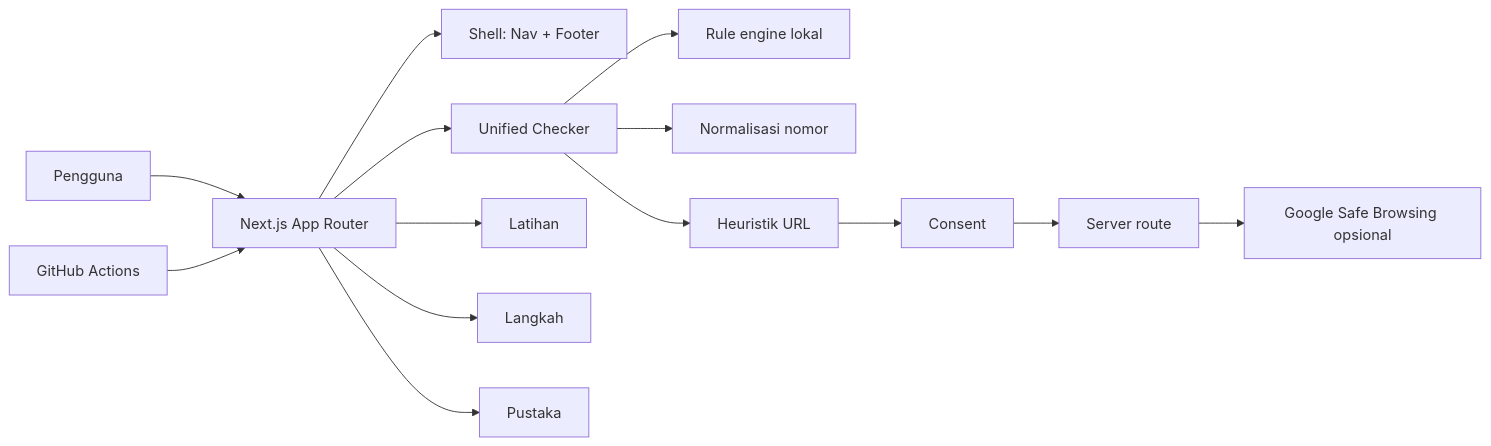
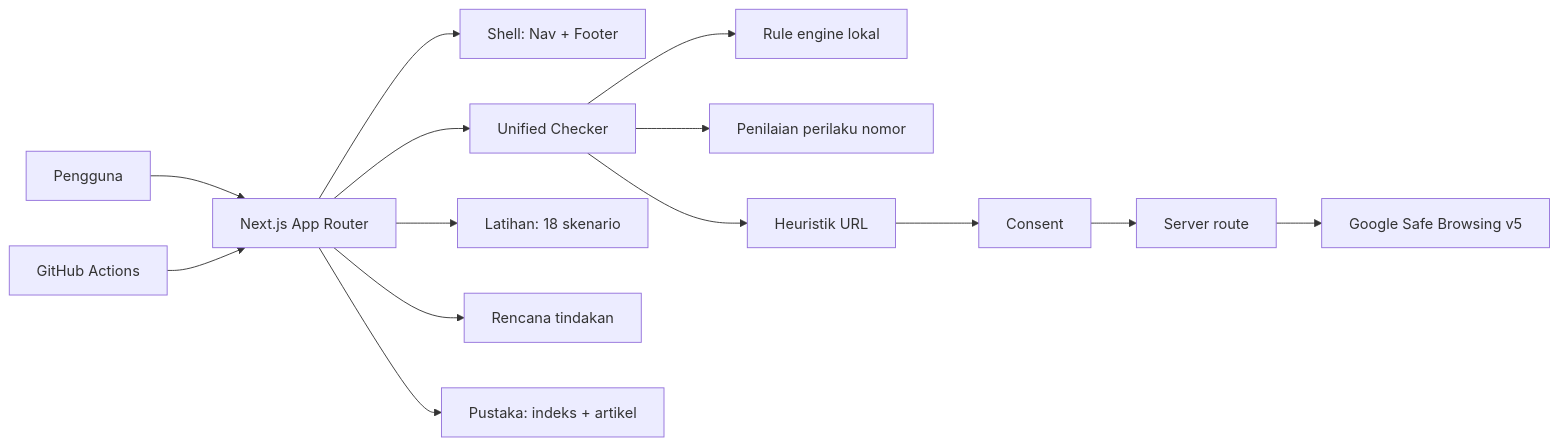
Before and after one commit to hissyam90/saring-app: the diagram in README.md, drawn with Mermaid. The commit also changed other lines of this file and 41 other files, not shown here.

````diff
--- a/README.md
+++ b/README.md
@@ -103,16 +129,16 @@
 ```mermaid
 flowchart LR
   User[Pengguna] --> App[Next.js App Router]
   App --> Shell[Shell: Nav + Footer]
   App --> Checker[Unified Checker]
   Checker --> Message[Rule engine lokal]
-  Checker --> Phone[Normalisasi nomor]
+  Checker --> Phone[Penilaian perilaku nomor]
   Checker --> URL[Heuristik URL]
   URL --> Consent[Consent]
   Consent --> Route[Server route]
-  Route --> PT[Google Safe Browsing opsional]
-  App --> Training[Latihan]
-  App --> Guide[Langkah]
-  App --> Library[Pustaka]
+  Route --> GSB[Google Safe Browsing v5]
+  App --> Training[Latihan: 18 skenario]
+  App --> Guide[Rencana tindakan]
+  App --> Library[Pustaka: indeks + artikel]
   CI[GitHub Actions] --> App
 ```
````
